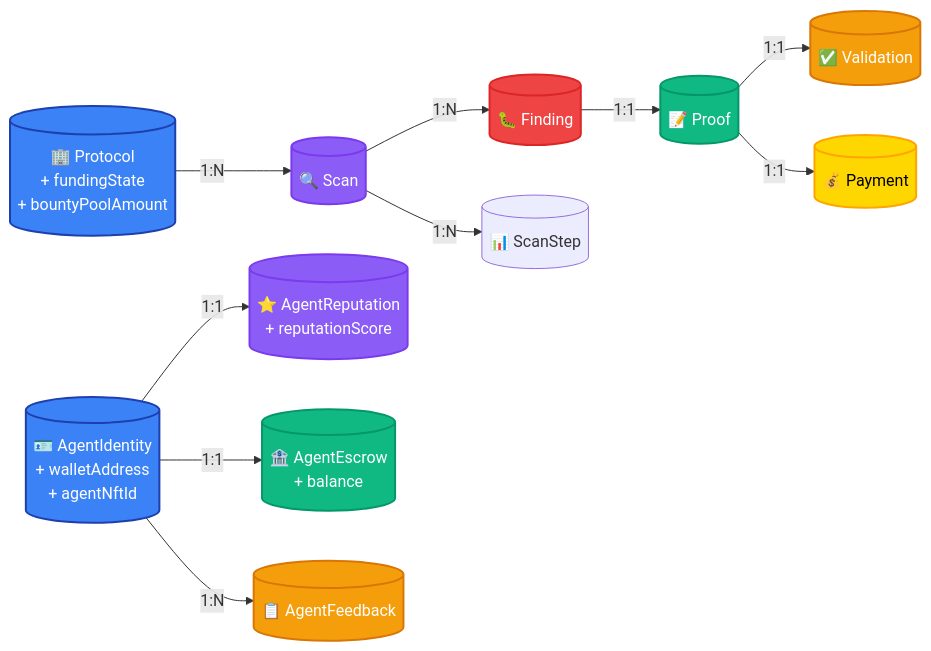
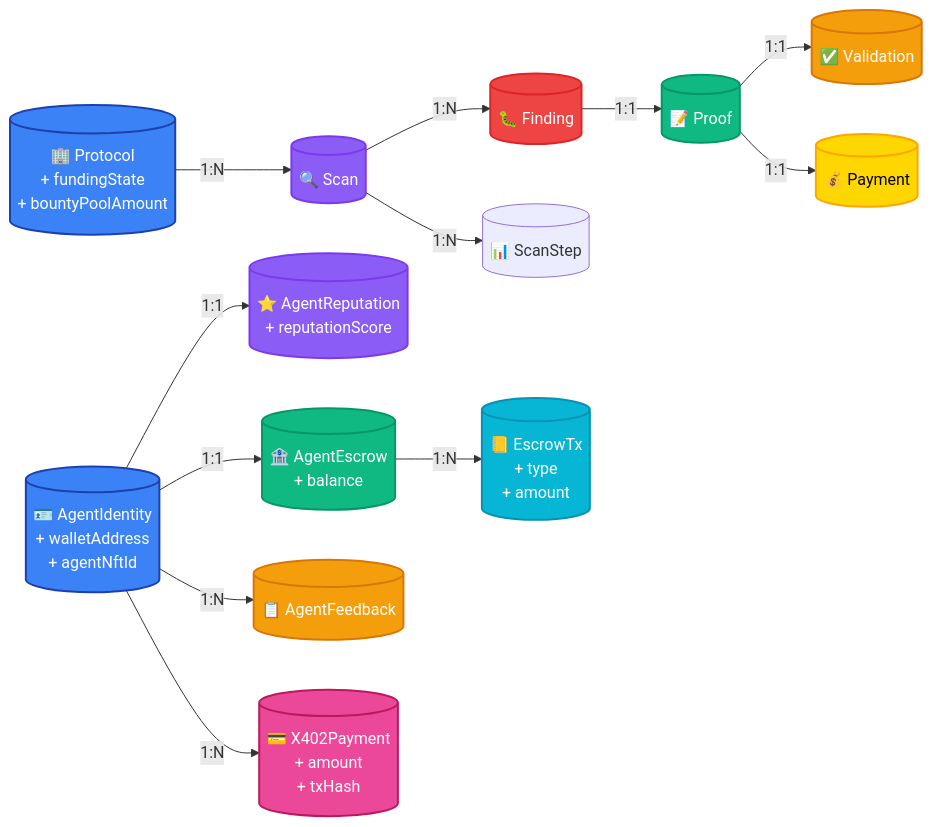
Before and after one commit to jul1angr1s/AI_Bug_Bountry_App: the eighth of 15 diagrams in README.md, drawn with Mermaid. The commit also changed other lines of this file and 7 other files, not shown here.

First line of the commit message:
docs: sync README with current UI screenshots and schema

````diff
--- a/README.md
+++ b/README.md
@@ -668,36 +688,42 @@
 ```mermaid
 graph LR
     Protocol[(🏢 Protocol<br/>+ fundingState<br/>+ bountyPoolAmount)]
     Scan[(🔍 Scan)]
     Finding[(🐛 Finding)]
     Proof[(📝 Proof)]
     Validation[(✅ Validation)]
     Payment[(💰 Payment)]
     ScanStep[(📊 ScanStep)]
     Agent[(🪪 AgentIdentity<br/>+ walletAddress<br/>+ agentNftId)]
     Rep[(⭐ AgentReputation<br/>+ reputationScore)]
     Escrow[(🏦 AgentEscrow<br/>+ balance)]
     Feedback[(📋 AgentFeedback)]
+    X402[(💳 X402Payment<br/>+ amount<br/>+ txHash)]
+    EscrowTx[(📒 EscrowTx<br/>+ type<br/>+ amount)]
 
     Protocol -->|1:N| Scan
     Scan -->|1:N| Finding
     Scan -->|1:N| ScanStep
     Finding -->|1:1| Proof
     Proof -->|1:1| Validation
     Proof -->|1:1| Payment
 
     Agent -->|1:1| Rep
     Agent -->|1:1| Escrow
     Agent -->|1:N| Feedback
+    Agent -->|1:N| X402
+    Escrow -->|1:N| EscrowTx
 
     style Protocol fill:#3B82F6,stroke:#1E40AF,stroke-width:2px,color:#fff
     style Scan fill:#8B5CF6,stroke:#7C3AED,stroke-width:2px,color:#fff
     style Finding fill:#EF4444,stroke:#DC2626,stroke-width:2px,color:#fff
     style Proof fill:#10B981,stroke:#059669,stroke-width:2px,color:#fff
     style Validation fill:#F59E0B,stroke:#D97706,stroke-width:2px,color:#fff
     style Payment fill:#FFD700,stroke:#FFA500,stroke-width:2px,color:#000
     style Agent fill:#3B82F6,stroke:#1E40AF,stroke-width:2px,color:#fff
     style Rep fill:#8B5CF6,stroke:#7C3AED,stroke-width:2px,color:#fff
     style Escrow fill:#10B981,stroke:#059669,stroke-width:2px,color:#fff
     style Feedback fill:#F59E0B,stroke:#D97706,stroke-width:2px,color:#fff
+    style X402 fill:#EC4899,stroke:#BE185D,stroke-width:2px,color:#fff
+    style EscrowTx fill:#06B6D4,stroke:#0891B2,stroke-width:2px,color:#fff
 ```
````
